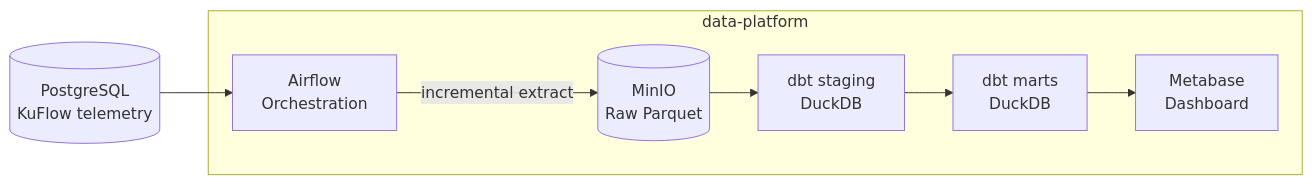
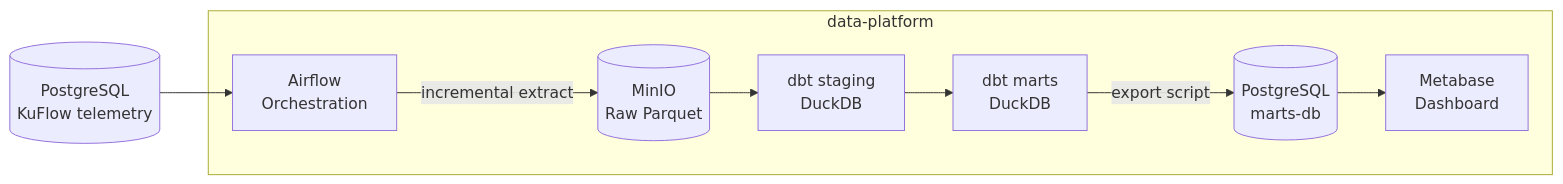
The diagram in README.md (Rowlyge/data-platform), drawn with Mermaid before and after one commit. The commit also changed other lines of this file, not shown here.

Commit message:
docs: update architecture and status to reflect Postgres-backed Metabase dashboard

````diff
--- a/README.md
+++ b/README.md
@@ -130,22 +130,24 @@
 ```mermaid
 flowchart LR
 
 Source[(PostgreSQL<br/>KuFlow telemetry)]
 
 subgraph data-platform
 
 Airflow[Airflow<br/>Orchestration]
 Raw[(MinIO<br/>Raw Parquet)]
 Staging[dbt staging<br/>DuckDB]
 Marts[dbt marts<br/>DuckDB]
+MartsDB[(PostgreSQL<br/>marts-db)]
 BI[Metabase<br/>Dashboard]
 
 Airflow -->|incremental extract| Raw
 Raw --> Staging
 Staging --> Marts
-Marts --> BI
+Marts -->|export script| MartsDB
+MartsDB --> BI
 
 end
 
 Source --> Airflow
 ```
````
